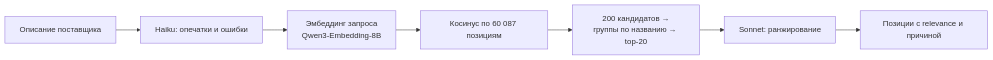
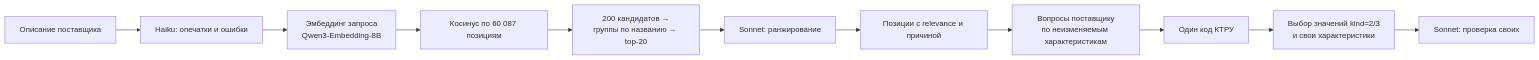
One commit to GoatWhistle/tender changed the first of 2 diagrams in README.md. Above: the diagram before and after it, drawn with Mermaid. The commit also changed other lines of this file and 9 other files, not shown here.

First line of the commit message:
Уточнять код КТРУ у поставщика, выбирать характеристики, добавить HTTP API

````diff
--- a/README.md
+++ b/README.md
@@ -11,9 +12,13 @@
 ```mermaid
 flowchart LR
     A[Описание поставщика] --> B[Haiku: опечатки и ошибки]
     B --> C[Эмбеддинг запроса<br/>Qwen3-Embedding-8B]
     C --> D[Косинус по 60 087 позициям]
     D --> E[200 кандидатов →<br/>группы по названию → top-20]
     E --> F[Sonnet: ранжирование]
     F --> G[Позиции с relevance и причиной]
+    G --> H[Вопросы поставщику<br/>по неизменяемым характеристикам]
+    H --> I[Один код КТРУ]
+    I --> J[Выбор значений kind=2/3<br/>и свои характеристики]
+    J --> K[Sonnet: проверка своих]
 ```
````
